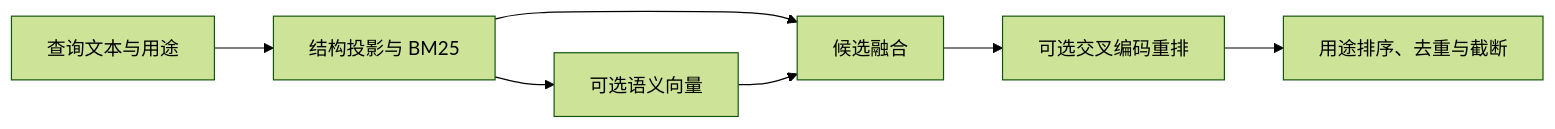
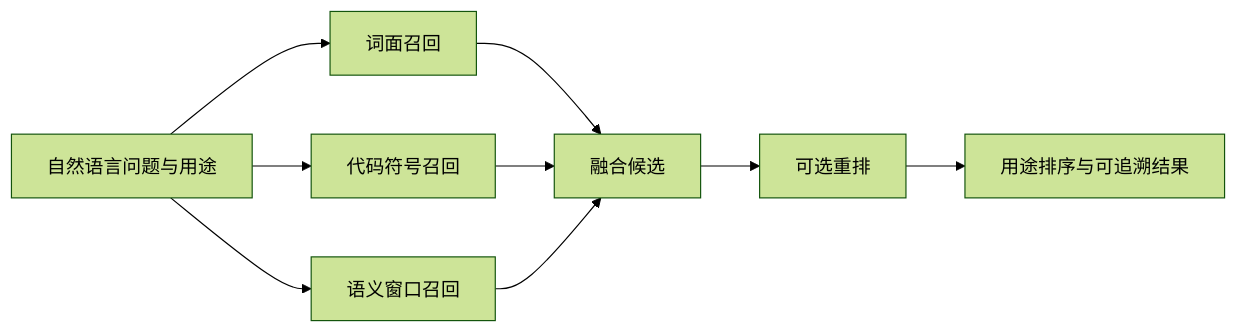
The diagram in .repo-review/knowledge/articles/0f4c98f99ec08ee9f67bc4c9abbbec7193e9e0c6a38384e2306d9c1cf84a9f03.md (lejunyang/omem), drawn with Mermaid (forest theme) before and after one commit. The commit also changed other lines of this file and 13 other files, not shown here.

````diff
--- a/.repo-review/knowledge/articles/0f4c98f99ec08ee9f67bc4c9abbbec7193e9e0c6a38384e2306d9c1cf84a9f03.md
+++ b/.repo-review/knowledge/articles/0f4c98f99ec08ee9f67bc4c9abbbec7193e9e0c6a38384e2306d9c1cf84a9f03.md
@@ -19,9 +19,11 @@
 ```mermaid
 flowchart LR
-  Q[查询文本与用途] --> L[结构投影与 BM25]
-  L --> D[可选语义向量]
-  L --> F[候选融合]
-  D --> F
-  F --> R[可选交叉编码重排]
-  R --> O[用途排序、去重与截断]
+  Q[自然语言问题与用途] --> L[词面召回]
+  Q --> S[代码符号召回]
+  Q --> V[语义窗口召回]
+  L --> F[融合候选]
+  S --> F
+  V --> F
+  F --> R[可选重排]
+  R --> O[用途排序与可追溯结果]
 ```
````
